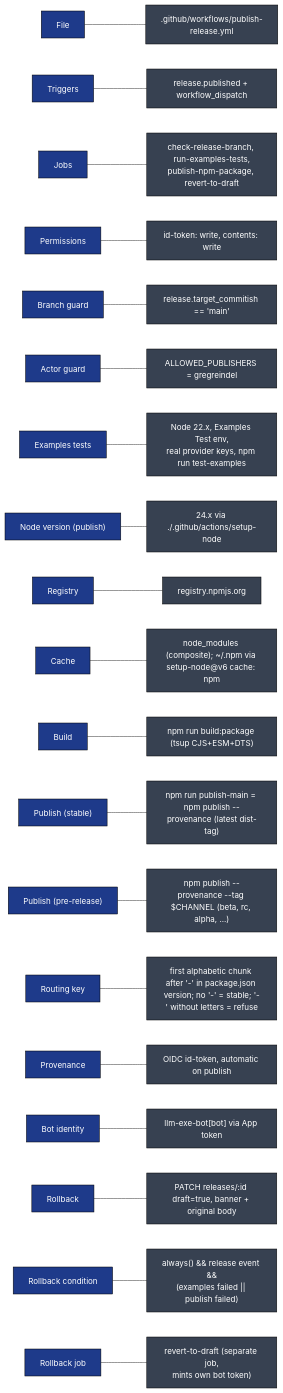
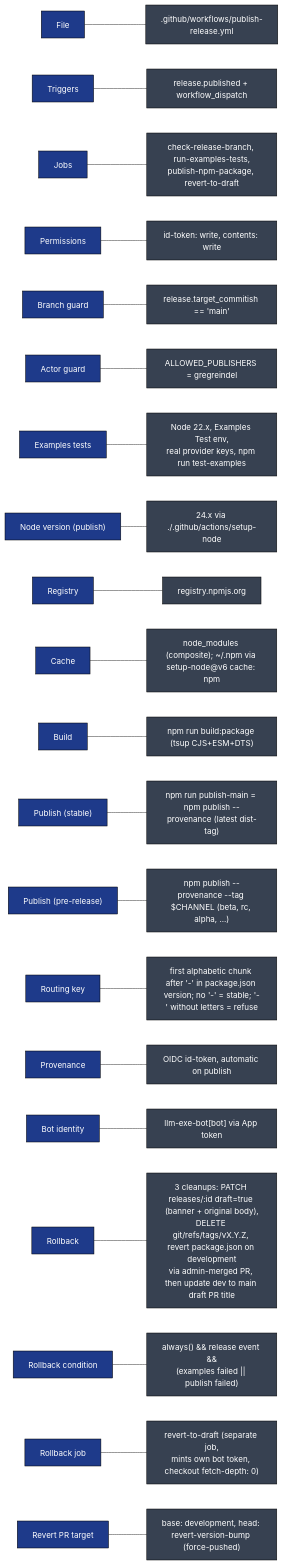
One commit to llm-exe/llm-exe changed diagram 12 of 12 in .github/docs/PUBLISH_RELEASE_DEEP_DIVE.md. Above: the diagram before and after it, drawn with Mermaid. The commit also changed other lines of this file and 3 other files, not shown here.

````diff
--- a/.github/docs/PUBLISH_RELEASE_DEEP_DIVE.md
+++ b/.github/docs/PUBLISH_RELEASE_DEEP_DIVE.md
@@ -569,25 +624,26 @@
 ```mermaid
 flowchart LR
     classDef k fill:#1e3a8a,color:#fff,stroke:#000
     classDef v fill:#374151,color:#fff,stroke:#000
 
     K1["File"]:::k --- V1[".github/workflows/publish-release.yml"]:::v
     K2["Triggers"]:::k --- V2["release.published + workflow_dispatch"]:::v
     K3["Jobs"]:::k --- V3["check-release-branch, run-examples-tests,\npublish-npm-package, revert-to-draft"]:::v
     K4["Permissions"]:::k --- V4["id-token: write, contents: write"]:::v
     K5["Branch guard"]:::k --- V5["release.target_commitish == 'main'"]:::v
     K6["Actor guard"]:::k --- V6["ALLOWED_PUBLISHERS = gregreindel"]:::v
     K6b["Examples tests"]:::k --- V6b["Node 22.x, Examples Test env,\nreal provider keys, npm run test-examples"]:::v
     K7["Node version (publish)"]:::k --- V7["24.x via ./.github/actions/setup-node"]:::v
     K8["Registry"]:::k --- V8["registry.npmjs.org"]:::v
     K9["Cache"]:::k --- V9["node_modules (composite); ~/.npm via setup-node@v6 cache: npm"]:::v
     K10["Build"]:::k --- V10["npm run build:package (tsup CJS+ESM+DTS)"]:::v
     K11["Publish (stable)"]:::k --- V11["npm run publish-main = npm publish --provenance (latest dist-tag)"]:::v
     K12["Publish (pre-release)"]:::k --- V12["npm publish --provenance --tag $CHANNEL (beta, rc, alpha, ...)"]:::v
     K13["Routing key"]:::k --- V13["first alphabetic chunk after '-' in package.json version; no '-' = stable; '-' without letters = refuse"]:::v
     K14["Provenance"]:::k --- V14["OIDC id-token, automatic on publish"]:::v
     K15["Bot identity"]:::k --- V15["llm-exe-bot[bot] via App token"]:::v
-    K16["Rollback"]:::k --- V16["PATCH releases/:id draft=true, banner + original body"]:::v
+    K16["Rollback"]:::k --- V16["3 cleanups: PATCH releases/:id draft=true (banner + original body),\nDELETE git/refs/tags/vX.Y.Z, revert package.json on development\nvia admin-merged PR, then update dev to main draft PR title"]:::v
     K17["Rollback condition"]:::k --- V17["always() && release event &&\n(examples failed || publish failed)"]:::v
-    K18["Rollback job"]:::k --- V18["revert-to-draft (separate job,\nmints own bot token)"]:::v
+    K18["Rollback job"]:::k --- V18["revert-to-draft (separate job,\nmints own bot token, checkout fetch-depth: 0)"]:::v
+    K19["Revert PR target"]:::k --- V19["base: development, head: revert-version-bump (force-pushed)"]:::v
 ```
````
